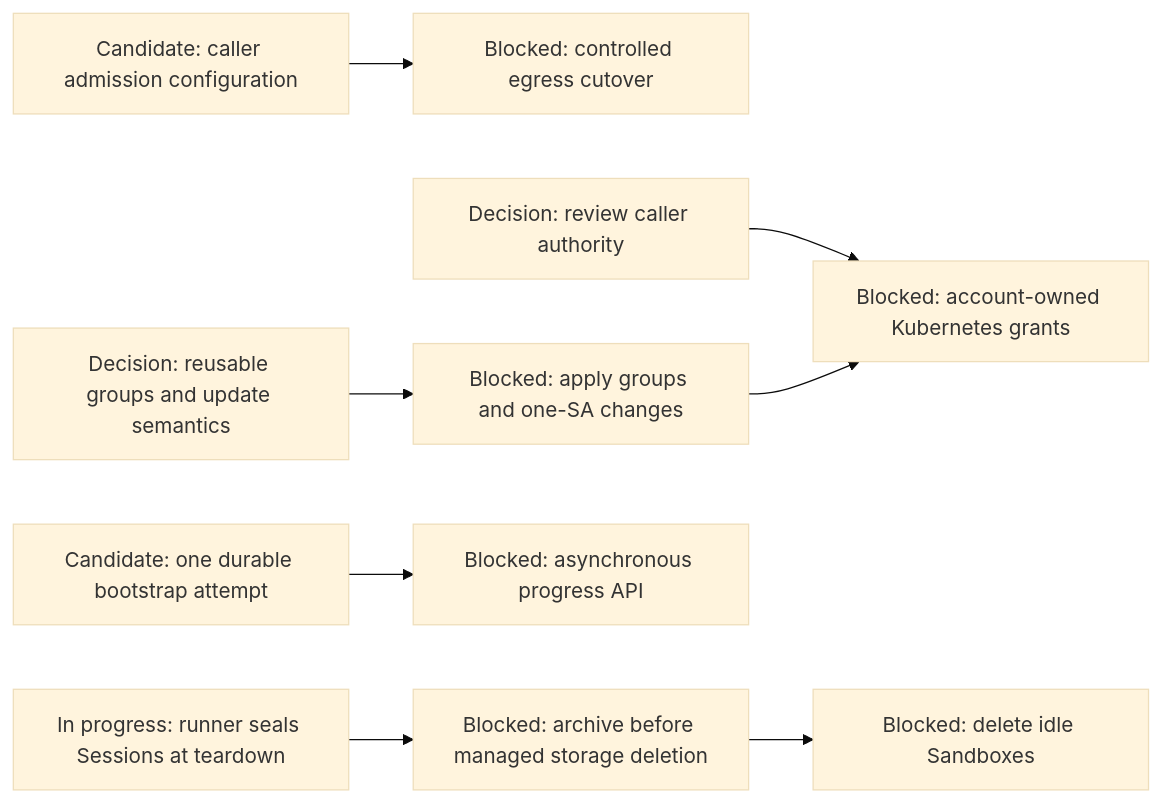
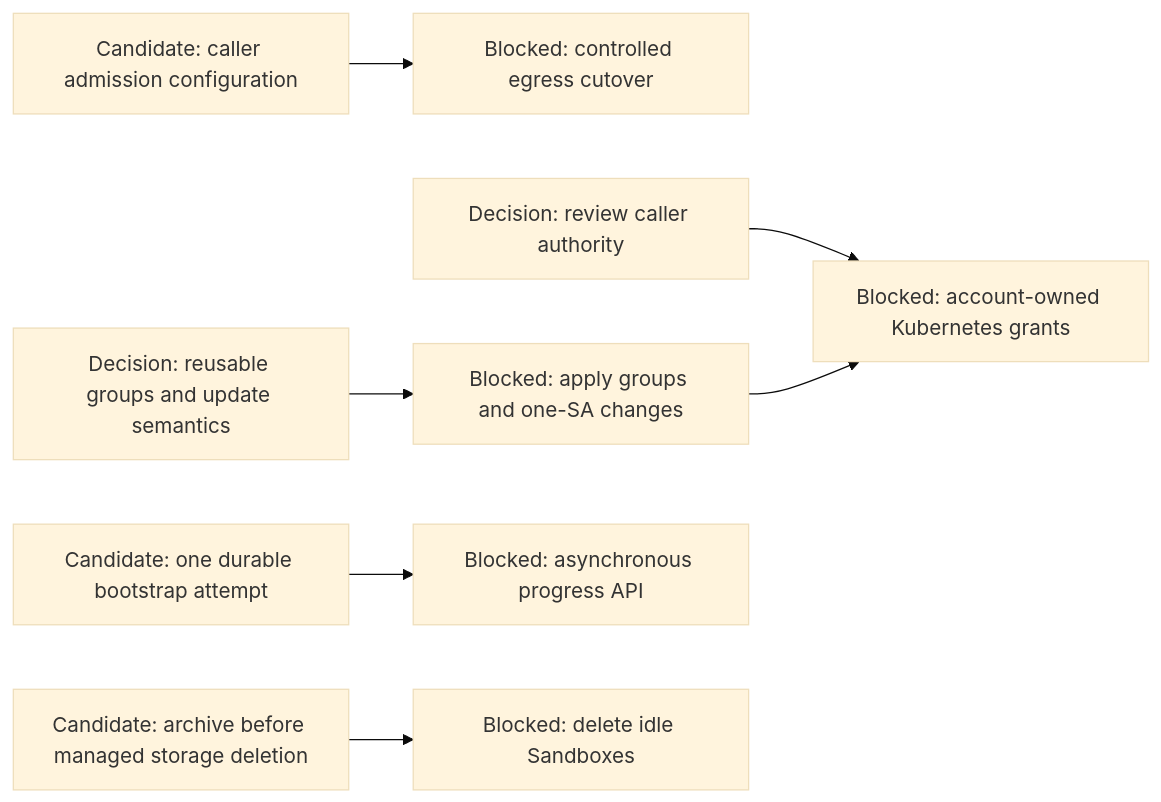
One commit to agentydragon-agent/ducktape changed the seventh of 10 diagrams in agentplane/plans/task_dag.md. Above: the diagram before and after it, drawn with Mermaid (base theme). The commit also changed other lines of this file and 28 other files, not shown here.

First line of the commit message:
agentplane/sandbox_service: seal a Sandbox before DeleteSandbox deletes it (#9784)

````diff
--- a/agentplane/plans/task_dag.md
+++ b/agentplane/plans/task_dag.md
@@ -550,11 +550,10 @@
 ```mermaid
 flowchart LR
     PC_EGRESS_CREDENTIALS[Candidate: caller admission configuration] --> PC_EGRESS[Blocked: controlled egress cutover]
     CLAUDE_AI_SA[Decision: review caller authority] --> MANAGED_SA_RBAC[Blocked: account-owned Kubernetes grants]
     KUBERNETES_RBAC_POLICIES[Decision: reusable groups and update semantics] --> KUBERNETES_RBAC_POLICY_BINDINGS[Blocked: apply groups and one-SA changes]
     KUBERNETES_RBAC_POLICY_BINDINGS --> MANAGED_SA_RBAC
     BOOTSTRAP_ATTEMPT_RECEIPT[Candidate: one durable bootstrap attempt] --> BOOTSTRAP_PROGRESS_CONTRACT[Blocked: asynchronous progress API]
-    SANDBOX_LIFECYCLE_DURABILITY[Blocked: archive before managed storage deletion]
+    SANDBOX_LIFECYCLE_DURABILITY[Candidate: archive before managed storage deletion]
     SANDBOX_LIFECYCLE_DURABILITY --> SANDBOX_IDLE_EXPIRY[Blocked: delete idle Sandboxes]
-    RUNNER_TEARDOWN_SEAL[In progress: runner seals Sessions at teardown] --> SANDBOX_LIFECYCLE_DURABILITY
 ```
````
